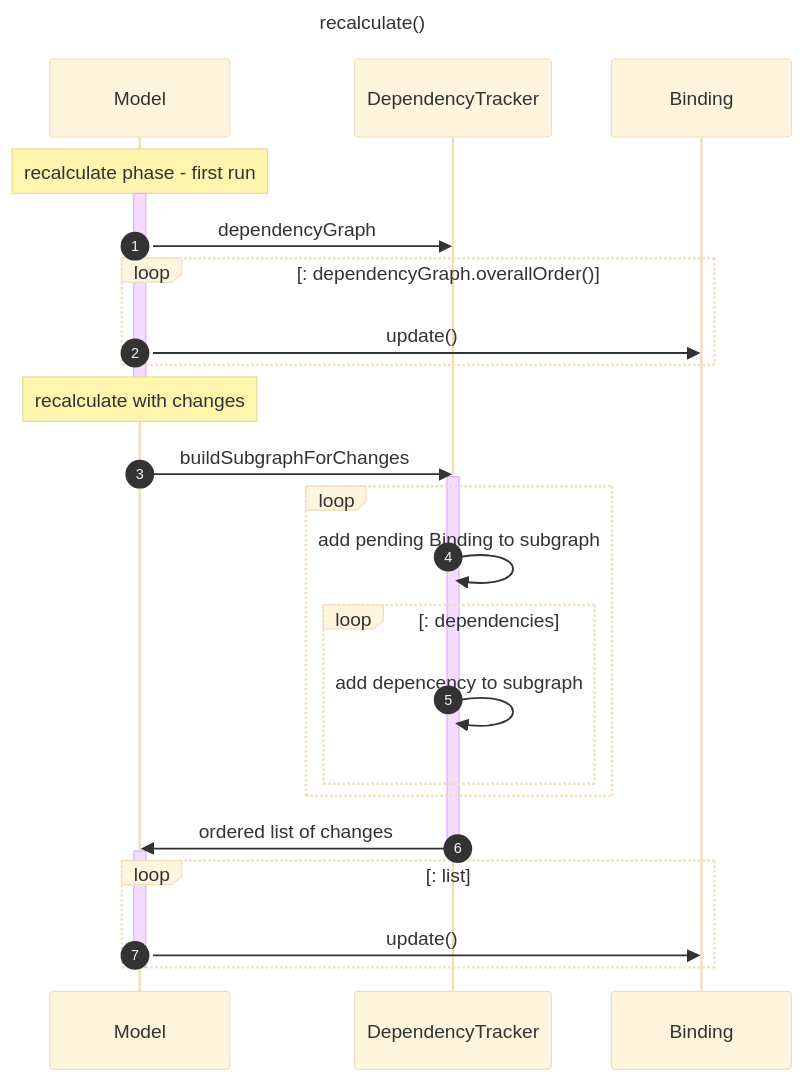
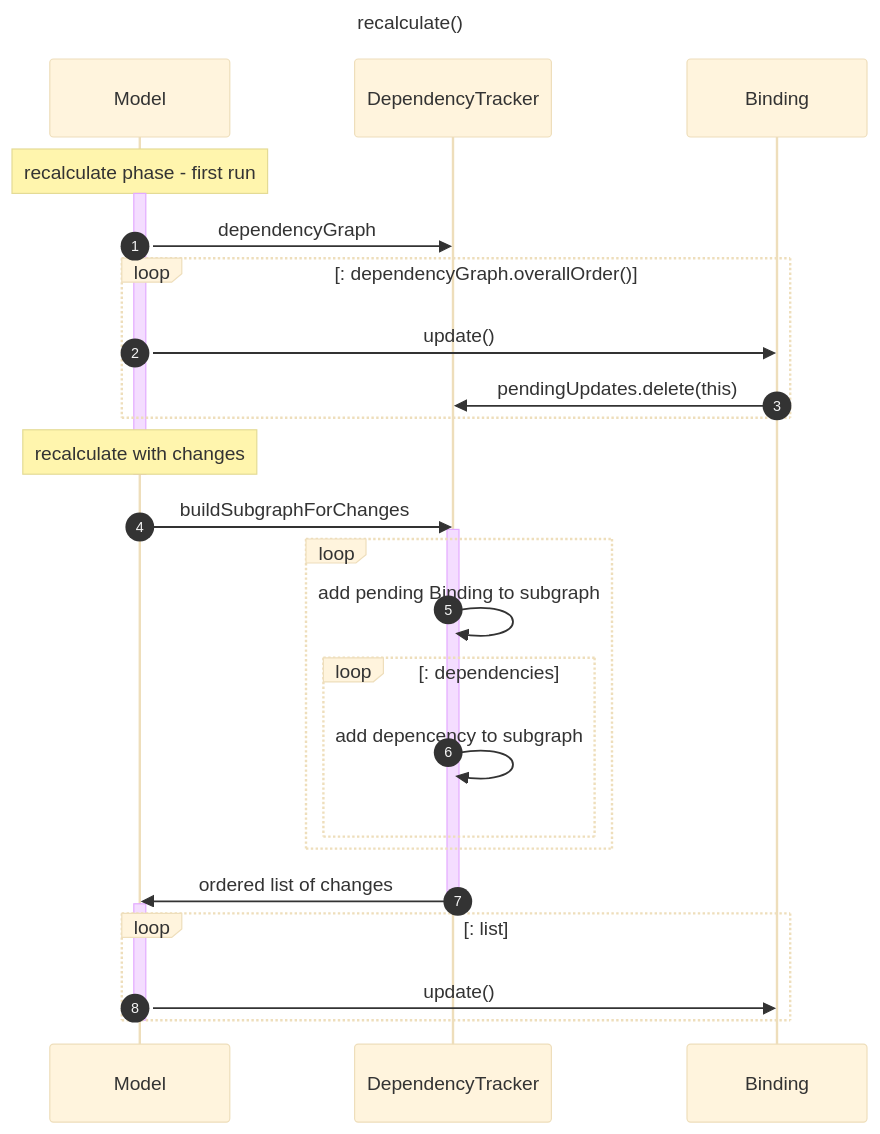
One commit to Jinntec/fore-docs changed the second of 3 diagrams in content/architecture/lifecycle/_index.md. Above: the diagram before and after it, drawn with Mermaid (base theme). The commit also changed other lines of this file, not shown here.

Commit message:
diagrams

```diff
--- a/content/architecture/lifecycle/_index.md
+++ b/content/architecture/lifecycle/_index.md
@@ -76,48 +92,47 @@
 {{<mermaid align="left">}}
 sequenceDiagram
 
 title: recalculate()
 autonumber
 participant Model
 participant DependencyTracker
 
     participant Binding
 
     
         Note over Model: recalculate phase - first run
         
         
         activate Model
             Model->>DependencyTracker: dependencyGraph
             loop: dependencyGraph.overallOrder()
                 Model->>Binding: update()
+                Binding->>DependencyTracker: pendingUpdates.delete(this)
             end
         
 
 
         Note over Model: recalculate with changes
         deactivate Model
         Model->>DependencyTracker: buildSubgraphForChanges
 
         activate DependencyTracker
         loop
             DependencyTracker->>DependencyTracker: add pending Binding to subgraph
 
             loop: dependencies
                 DependencyTracker->>DependencyTracker: add depencency to subgraph
             end
         end
 
         DependencyTracker->>Model: ordered list of changes
         deactivate DependencyTracker
 
         activate Model
 
         loop: list
             Model->>Binding: update()
         end
         deactivate Model
 
-
-
 {{< /mermaid >}}
```
